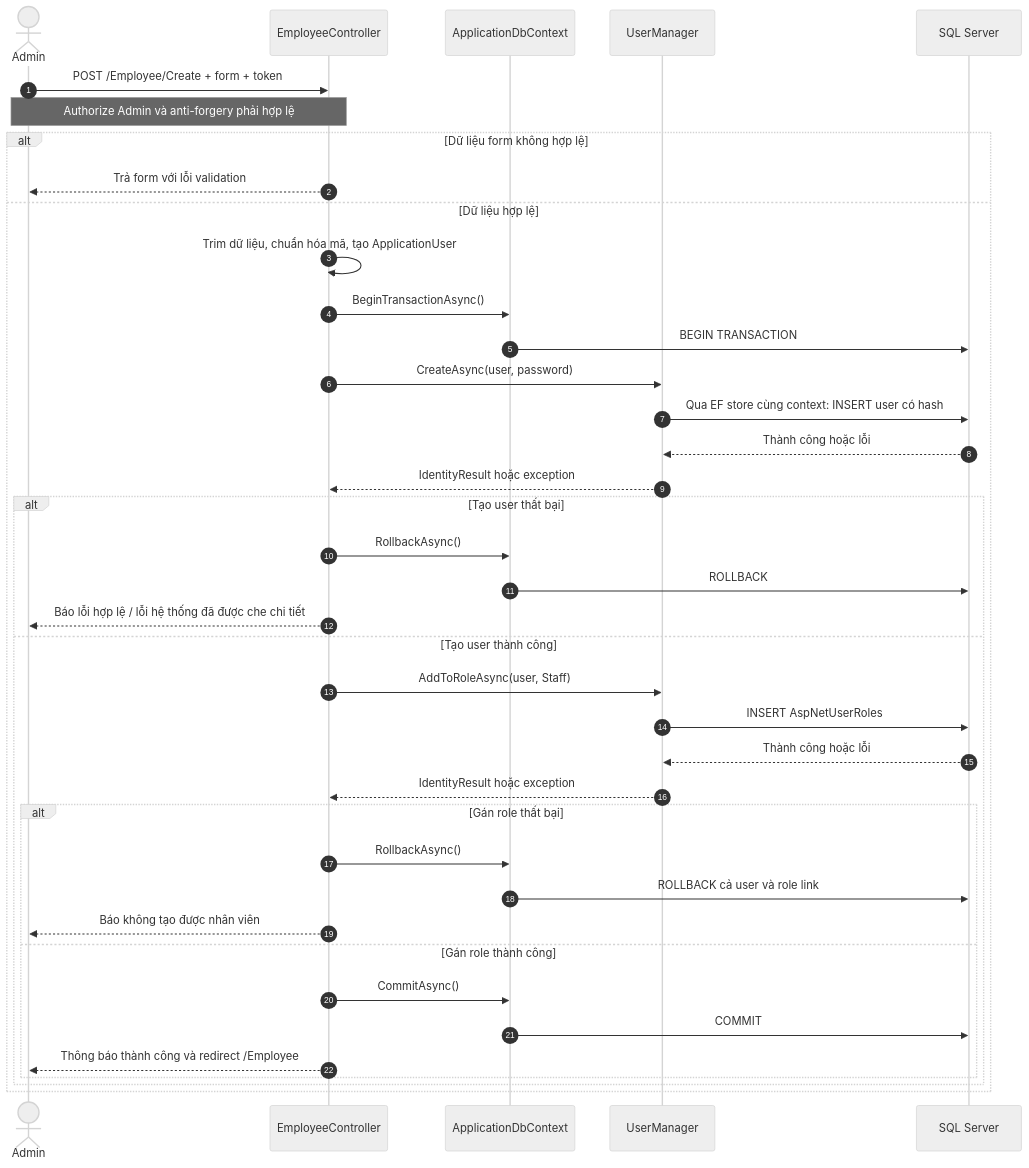
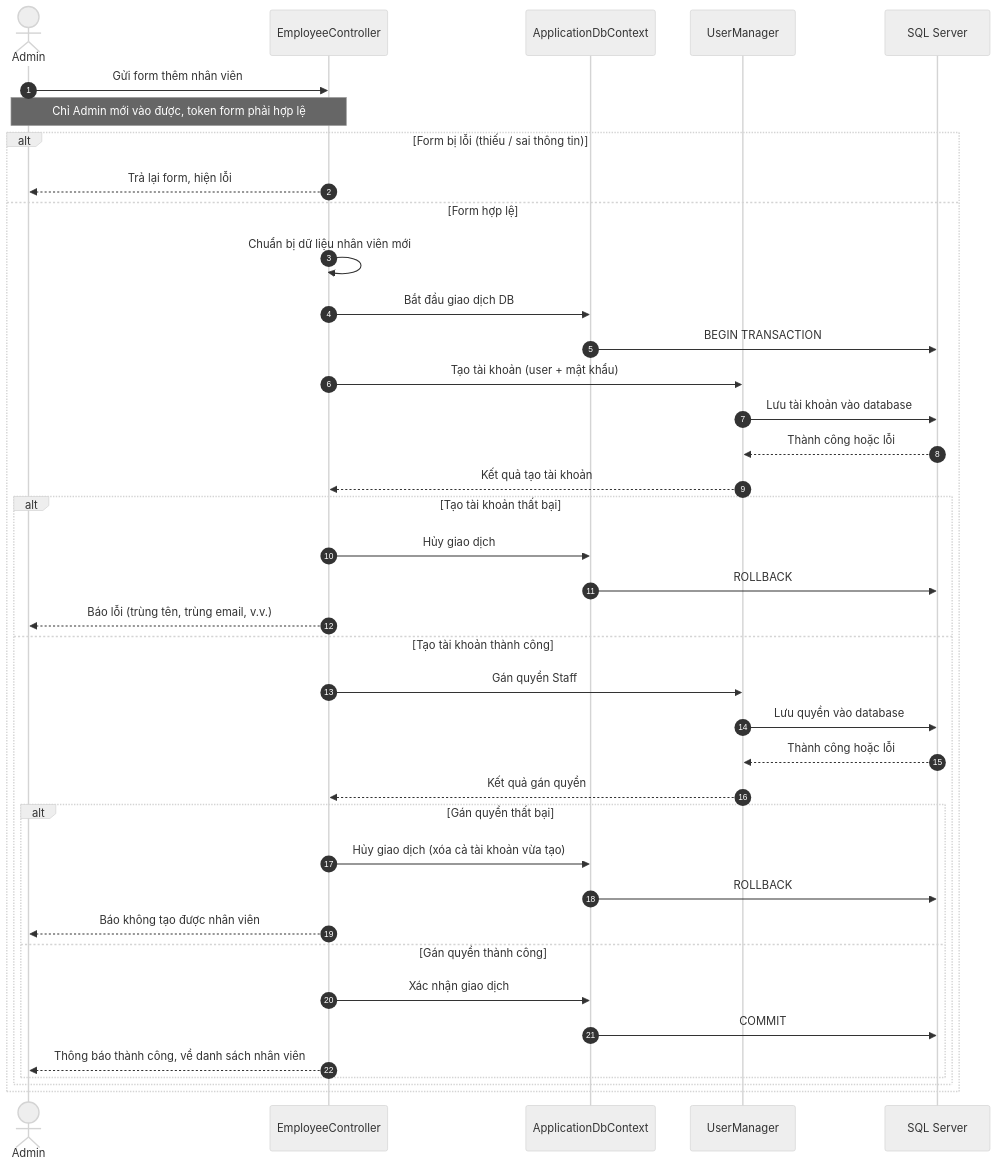
The diagram in docs/sds-hung/06-create-staff.mmd (HE176671/billiard-management-system), drawn with Mermaid (neutral theme) before and after one commit. The commit also changed 2 other files, not shown here.

Commit message:
docs: simplify sequence diagram labels for readability

```diff
--- a/docs/sds-hung/06-create-staff.mmd
+++ b/docs/sds-hung/06-create-staff.mmd
@@ -1,39 +1,43 @@
 sequenceDiagram
     autonumber
     actor A as Admin
     participant C as EmployeeController
     participant CTX as ApplicationDbContext
     participant UM as UserManager
     participant DB as SQL Server
-    A->>C: POST /Employee/Create + form + token
-    Note over A,C: Authorize Admin và anti-forgery phải hợp lệ
-    alt Dữ liệu form không hợp lệ
-        C-->>A: Trả form với lỗi validation
-    else Dữ liệu hợp lệ
-        C->>C: Trim dữ liệu, chuẩn hóa mã, tạo ApplicationUser
-        C->>CTX: BeginTransactionAsync()
+
+    A->>C: Gửi form thêm nhân viên
+    Note over A,C: Chỉ Admin mới vào được, token form phải hợp lệ
+
+    alt Form bị lỗi (thiếu / sai thông tin)
+        C-->>A: Trả lại form, hiện lỗi
+    else Form hợp lệ
+        C->>C: Chuẩn bị dữ liệu nhân viên mới
+        C->>CTX: Bắt đầu giao dịch DB
         CTX->>DB: BEGIN TRANSACTION
-        C->>UM: CreateAsync(user, password)
-        UM->>DB: Qua EF store cùng context: INSERT user có hash
+        C->>UM: Tạo tài khoản (user + mật khẩu)
+        UM->>DB: Lưu tài khoản vào database
         DB-->>UM: Thành công hoặc lỗi
-        UM-->>C: IdentityResult hoặc exception
-        alt Tạo user thất bại
-            C->>CTX: RollbackAsync()
+        UM-->>C: Kết quả tạo tài khoản
+
+        alt Tạo tài khoản thất bại
+            C->>CTX: Hủy giao dịch
             CTX->>DB: ROLLBACK
-            C-->>A: Báo lỗi hợp lệ / lỗi hệ thống đã được che chi tiết
-        else Tạo user thành công
-            C->>UM: AddToRoleAsync(user, Staff)
-            UM->>DB: INSERT AspNetUserRoles
+            C-->>A: Báo lỗi (trùng tên, trùng email, v.v.)
+        else Tạo tài khoản thành công
+            C->>UM: Gán quyền Staff
+            UM->>DB: Lưu quyền vào database
             DB-->>UM: Thành công hoặc lỗi
-            UM-->>C: IdentityResult hoặc exception
-            alt Gán role thất bại
-                C->>CTX: RollbackAsync()
-                CTX->>DB: ROLLBACK cả user và role link
+            UM-->>C: Kết quả gán quyền
+
+            alt Gán quyền thất bại
+                C->>CTX: Hủy giao dịch (xóa cả tài khoản vừa tạo)
+                CTX->>DB: ROLLBACK
                 C-->>A: Báo không tạo được nhân viên
-            else Gán role thành công
-                C->>CTX: CommitAsync()
+            else Gán quyền thành công
+                C->>CTX: Xác nhận giao dịch
                 CTX->>DB: COMMIT
-                C-->>A: Thông báo thành công và redirect /Employee
+                C-->>A: Thông báo thành công, về danh sách nhân viên
             end
         end
     end
```
